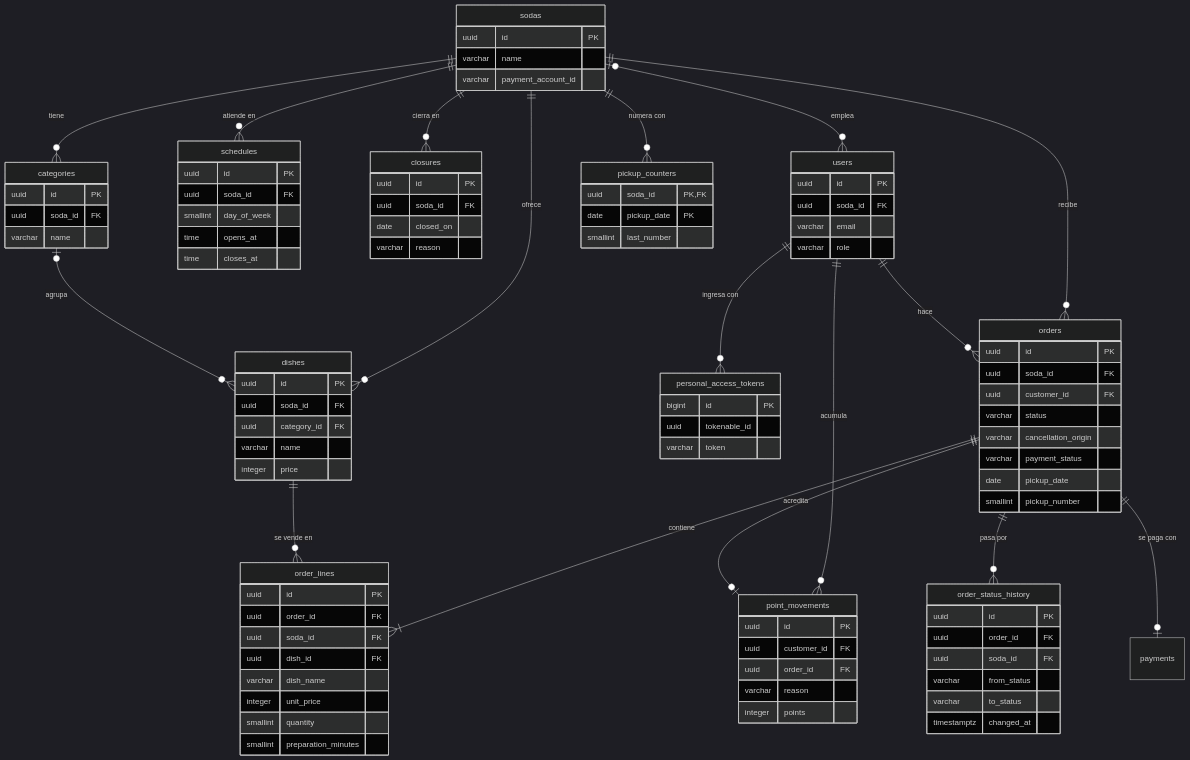
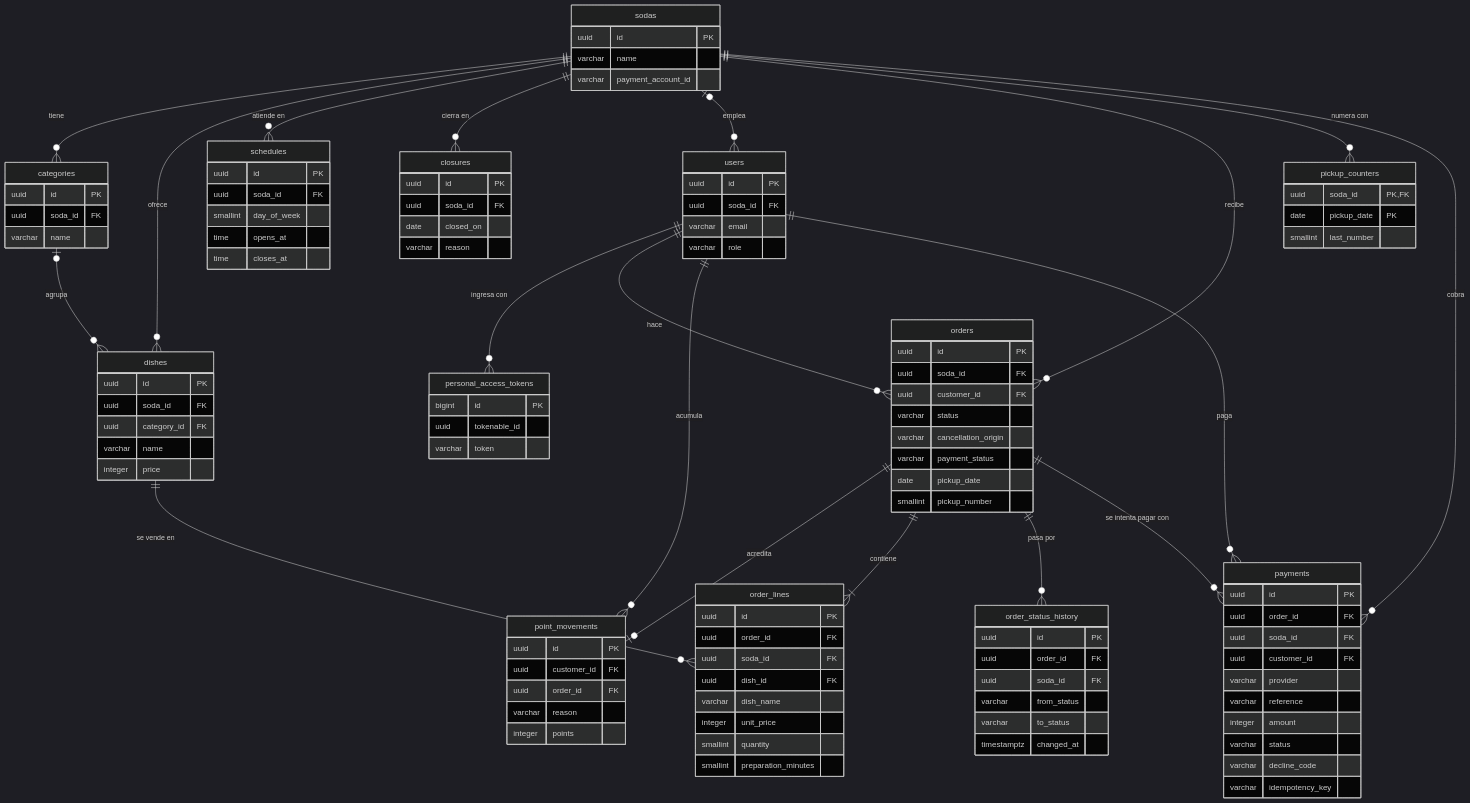
One commit to BryanChavesSalas/SodaYa-Hexagonal changed the diagram in docs/data-model.md. Above: the diagram before and after it, drawn with Mermaid (dark theme). The commit also changed other lines of this file and 3 other files, not shown here.

````diff
--- a/docs/data-model.md
+++ b/docs/data-model.md
@@ -22,8 +22,10 @@
     orders ||--|{ order_lines : "contiene"
     dishes ||--o{ order_lines : "se vende en"
     orders ||--o{ order_status_history : "pasa por"
-    orders ||--o| payments : "se paga con"
     sodas ||--o{ pickup_counters : "numera con"
+    orders ||--o{ payments : "se intenta pagar con"
+    sodas ||--o{ payments : "cobra"
+    users ||--o{ payments : "paga"
 
     sodas {
         uuid id PK
@@ -106,4 +108,16 @@
         varchar to_status
         timestamptz changed_at
     }
+    payments {
+        uuid id PK
+        uuid order_id FK
+        uuid soda_id FK
+        uuid customer_id FK
+        varchar provider
+        varchar reference
+        integer amount
+        varchar status
+        varchar decline_code
+        varchar idempotency_key
+    }
 ```
````
